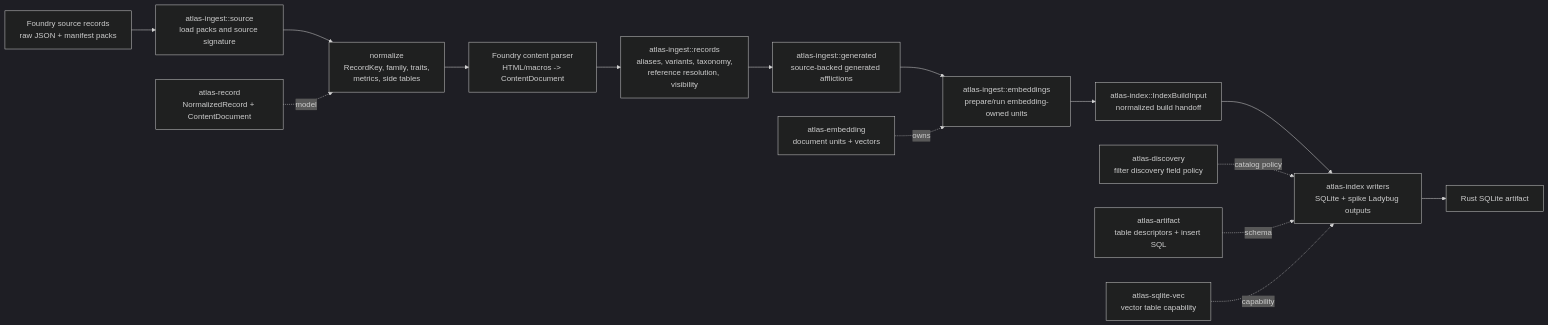
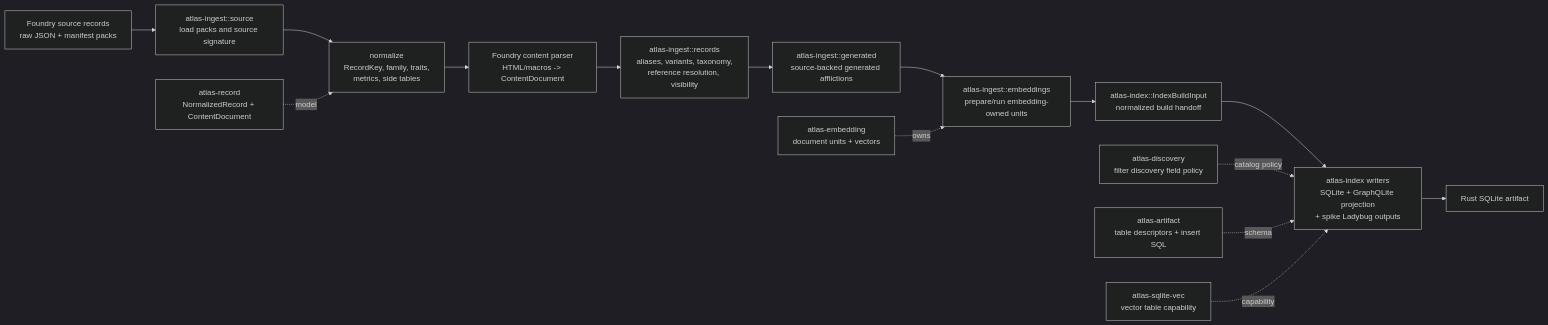
One commit to e-kosten/pf2e-atlas changed the second of 4 diagrams in docs/architecture/runtime.md. Above: the diagram before and after it, drawn with Mermaid (dark theme). The commit also changed other lines of this file and 18 other files, not shown here.

Commit message:
feat: add graphqlite graph projection spike

````diff
--- a/docs/architecture/runtime.md
+++ b/docs/architecture/runtime.md
@@ -64,18 +64,18 @@
 ```mermaid
 flowchart LR
     raw["Foundry source records<br/>raw JSON + manifest packs"] --> load["atlas-ingest::source<br/>load packs and source signature"]
     load --> normalize["normalize<br/>RecordKey, family, traits,<br/>metrics, side tables"]
     normalize --> content["Foundry content parser<br/>HTML/macros -> ContentDocument"]
     content --> enrich["atlas-ingest::records<br/>aliases, variants, taxonomy,<br/>reference resolution, visibility"]
     enrich --> generated["atlas-ingest::generated<br/>source-backed generated afflictions"]
     generated --> embedPrep["atlas-ingest::embeddings<br/>prepare/run embedding-owned units"]
     embedPrep --> handoff["atlas-index::IndexBuildInput<br/>normalized build handoff"]
-    handoff --> writer["atlas-index writers<br/>SQLite + spike Ladybug outputs"]
+    handoff --> writer["atlas-index writers<br/>SQLite + GraphQLite projection<br/>+ spike Ladybug outputs"]
     writer --> sqlite["Rust SQLite artifact"]
 
     record["atlas-record<br/>NormalizedRecord + ContentDocument"] -. model .-> normalize
     discovery["atlas-discovery<br/>filter discovery field policy"] -. catalog policy .-> writer
     artifact["atlas-artifact<br/>table descriptors + insert SQL"] -. schema .-> writer
     embedding["atlas-embedding<br/>document units + vectors"] -. owns .-> embedPrep
     sqliteVec["atlas-sqlite-vec<br/>vector table capability"] -. capability .-> writer
 ```
````
